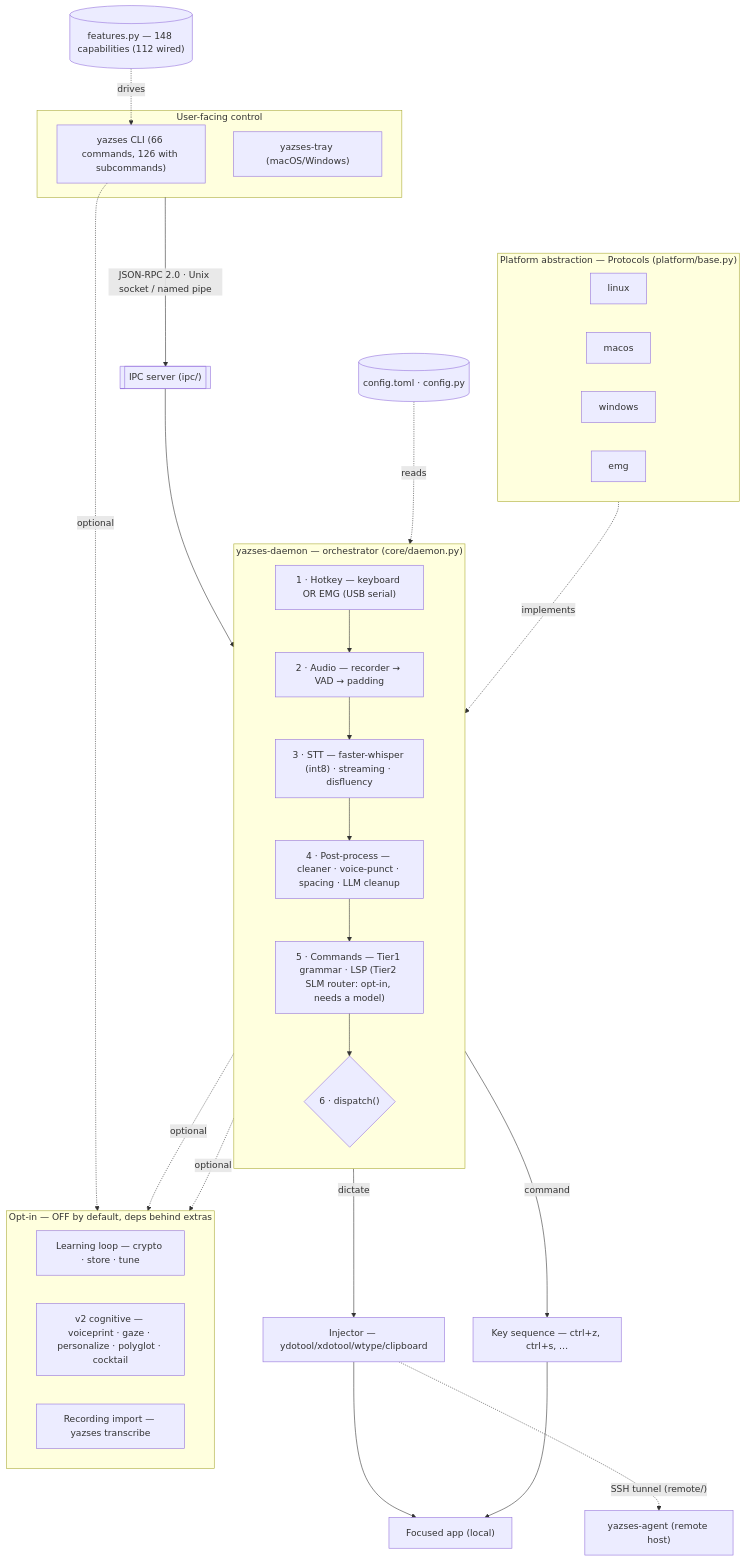
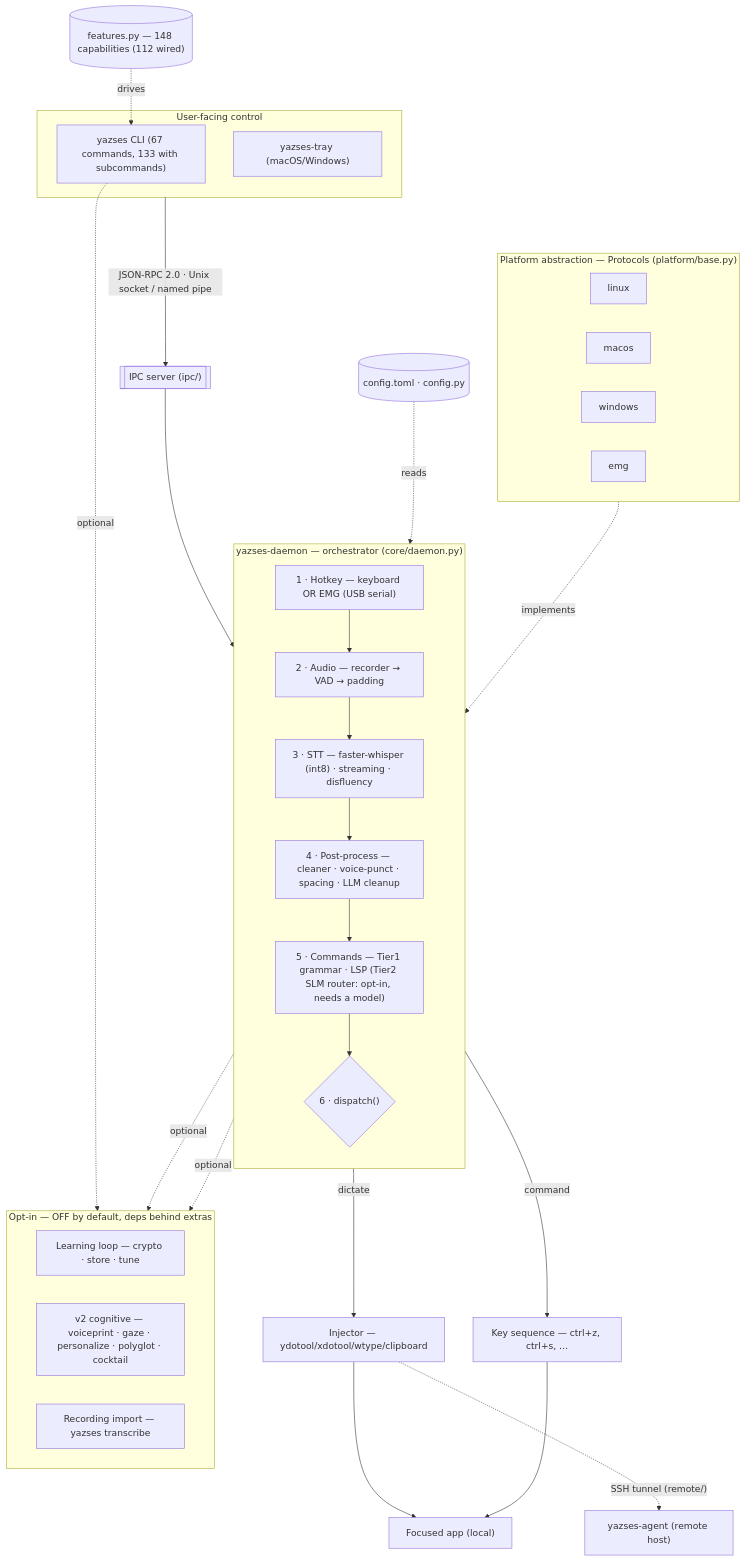
The diagram in docs/diagrams/index.md (MSKazemi/yazses), drawn with Mermaid before and after one commit. The commit also changed 5 other files, not shown here.

First line of the commit message:
docs(arch): 67 commands, 133 with subcommands; register the pack modules

````diff
--- a/docs/diagrams/index.md
+++ b/docs/diagrams/index.md
@@ -22,50 +22,50 @@
 ```mermaid
 flowchart TB
   subgraph UI["User-facing control"]
-    CLI["yazses CLI (66 commands, 126 with subcommands)"]
+    CLI["yazses CLI (67 commands, 133 with subcommands)"]
     TRAY["yazses-tray (macOS/Windows)"]
   end
   UI -->|"JSON-RPC 2.0 · Unix socket / named pipe"| IPC[["IPC server (ipc/)"]]
   IPC --> DAEMON
 
   subgraph DAEMON["yazses-daemon — orchestrator (core/daemon.py)"]
     direction TB
     HK["1 · Hotkey — keyboard OR EMG (USB serial)"]
     AUD["2 · Audio — recorder → VAD → padding"]
     STT["3 · STT — faster-whisper (int8) · streaming · disfluency"]
     PP["4 · Post-process — cleaner · voice-punct · spacing · LLM cleanup"]
     CMD["5 · Commands — Tier1 grammar · LSP (Tier2 SLM router: opt-in, needs a model)"]
     DIS{"6 · dispatch()"}
     HK --> AUD --> STT --> PP --> CMD --> DIS
   end
 
   CFG[("config.toml · config.py")]
   FEAT[("features.py — 148 capabilities (112 wired)")]
   CFG -. reads .-> DAEMON
   FEAT -. drives .-> CLI
 
   DIS -->|dictate| INJ["Injector — ydotool/xdotool/wtype/clipboard"]
   DIS -->|command| KEYS["Key sequence — ctrl+z, ctrl+s, …"]
   INJ --> APP["Focused app (local)"]
   KEYS --> APP
   INJ -. "SSH tunnel (remote/)" .-> AGENT["yazses-agent (remote host)"]
 
   subgraph PLAT["Platform abstraction — Protocols (platform/base.py)"]
     direction LR
     LNX["linux"]
     MAC["macos"]
     WIN["windows"]
     EMG["emg"]
   end
   PLAT -. implements .-> DAEMON
 
   subgraph OPT["Opt-in — OFF by default, deps behind extras"]
     direction LR
     LEARN["Learning loop — crypto · store · tune"]
     V2["v2 cognitive — voiceprint · gaze · personalize · polyglot · cocktail"]
     RECIMP["Recording import — yazses transcribe"]
   end
   DAEMON -. optional .-> LEARN
   DAEMON -. optional .-> V2
   CLI -. optional .-> RECIMP
 ```
````
